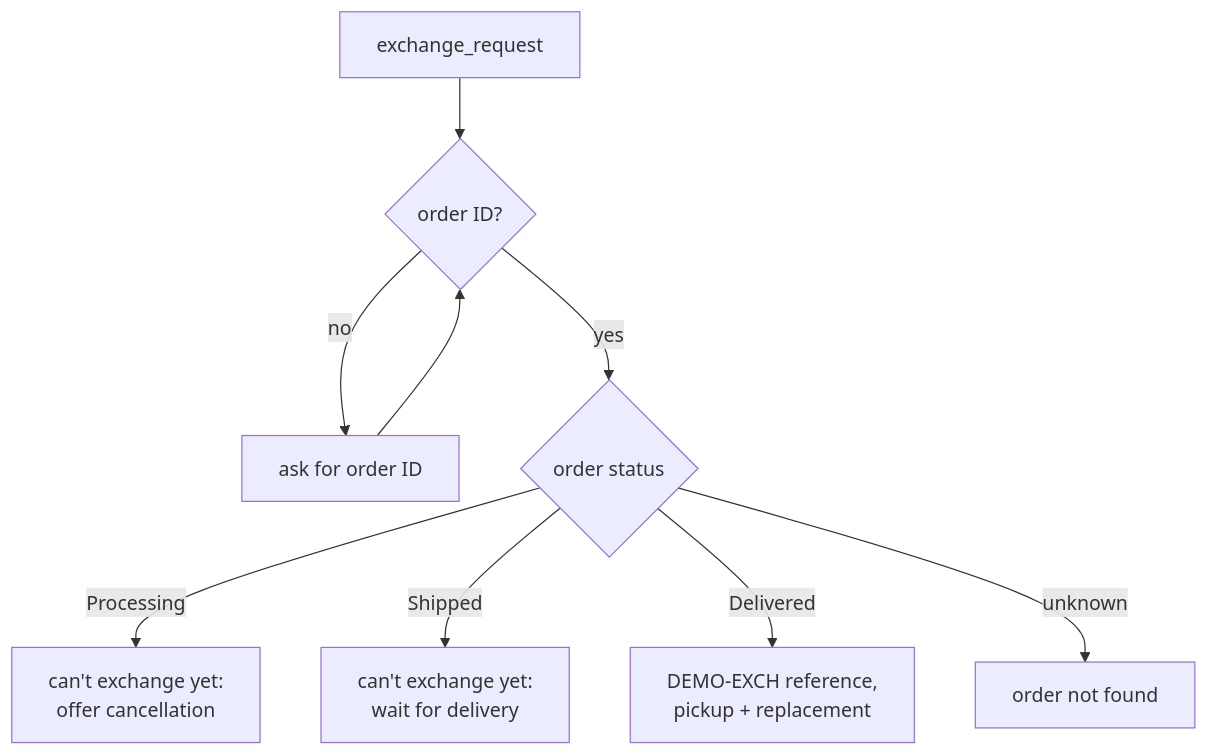
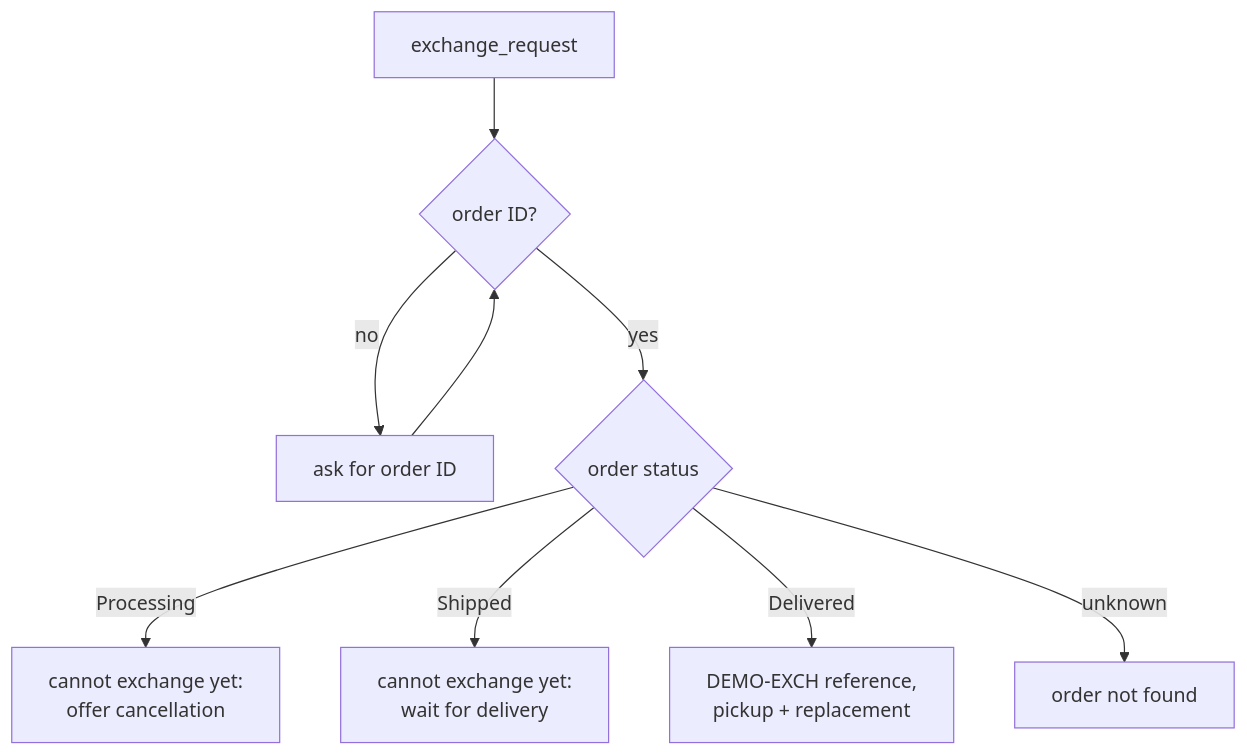
Diagram 17 of 38 in docs/ENHANCEMENT_REPORT.md (Anushka-v24/ecommerce-customer-support-assistant), drawn with Mermaid before and after one commit. The commit also changed other lines of this file and 5 other files, not shown here.

Commit message:
Offer a help menu of quick replies when the assistant can't act

````diff
--- a/docs/ENHANCEMENT_REPORT.md
+++ b/docs/ENHANCEMENT_REPORT.md
@@ -469,10 +708,10 @@
 ```mermaid
 flowchart TD
     E[exchange_request] --> H{order ID?}
     H -->|no| ASK[ask for order ID] --> H
     H -->|yes| L{order status}
-    L -->|Processing| C1[can't exchange yet:<br/>offer cancellation]
-    L -->|Shipped| C2[can't exchange yet:<br/>wait for delivery]
+    L -->|Processing| C1[cannot exchange yet:<br/>offer cancellation]
+    L -->|Shipped| C2[cannot exchange yet:<br/>wait for delivery]
     L -->|Delivered| OK[DEMO-EXCH reference,<br/>pickup + replacement]
     L -->|unknown| NF[order not found]
 ```
````
